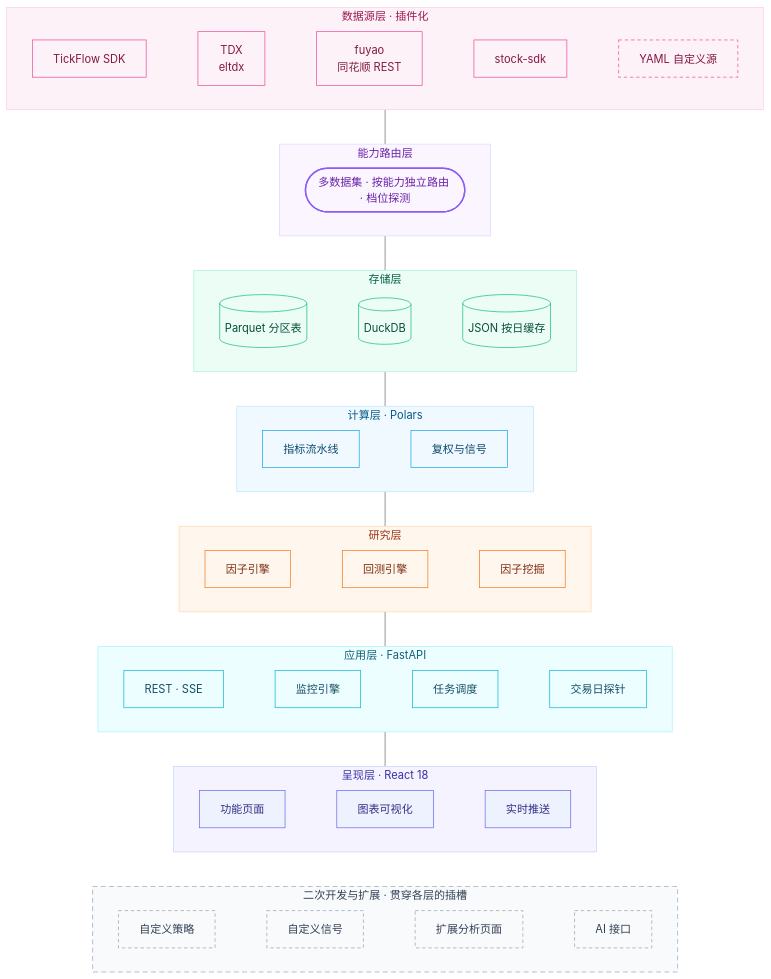
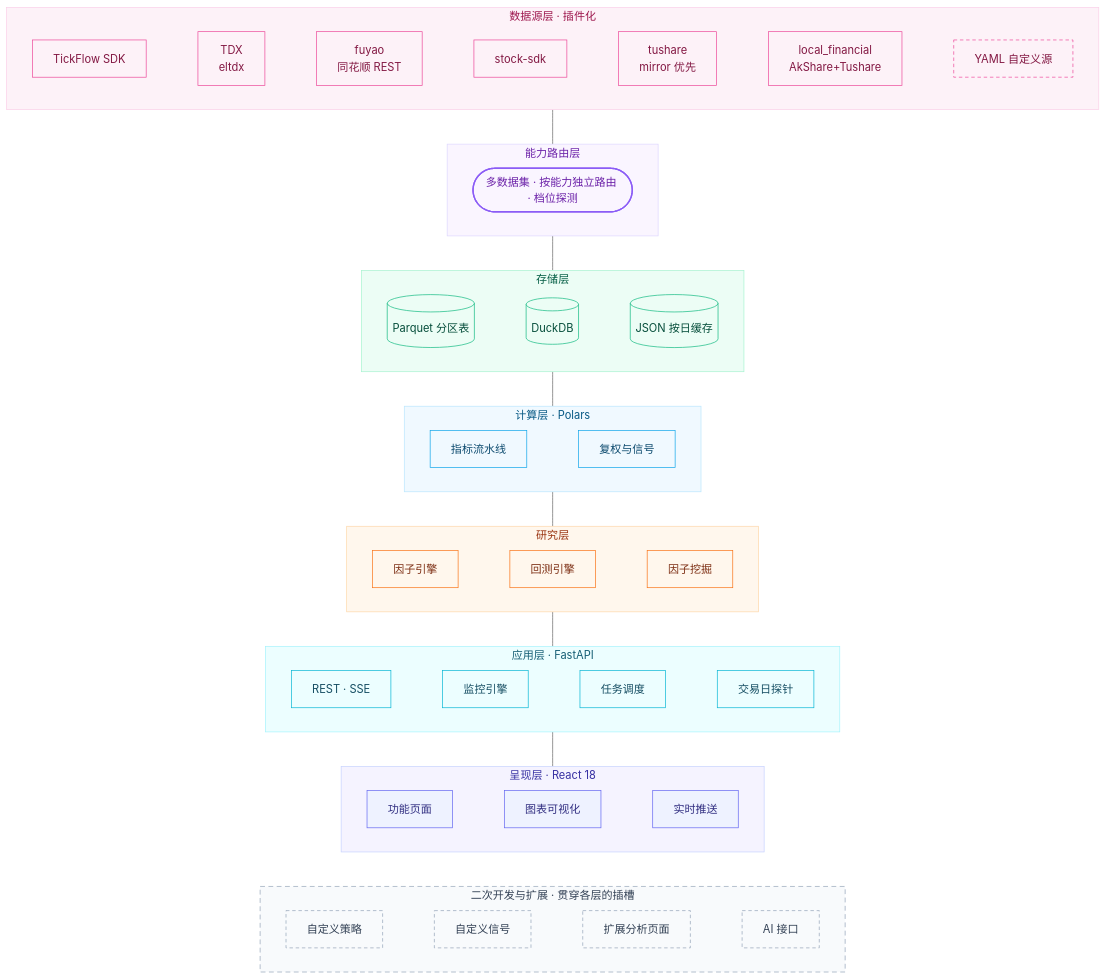
The diagram in README.md (OpZ6/tickflow-quantall), drawn with Mermaid (neutral theme) before and after one commit. The commit also changed other lines of this file and 477 other files, not shown here.

````diff
--- a/README.md
+++ b/README.md
@@ -155,79 +155,79 @@
 ```mermaid
 flowchart TB
     subgraph DATA["数据源层 · 插件化"]
         direction LR
-        D1["TickFlow SDK"] ~~~ D2["TDX<br/>eltdx"] ~~~ D3["fuyao<br/>同花顺 REST"] ~~~ D4["stock-sdk"] ~~~ D5["YAML 自定义源"]
+        D1["TickFlow SDK"] ~~~ D2["TDX<br/>eltdx"] ~~~ D3["fuyao<br/>同花顺 REST"] ~~~ D4["stock-sdk"] ~~~ D5["tushare<br/>mirror 优先"] ~~~ D6["local_financial<br/>AkShare+Tushare"] ~~~ D7["YAML 自定义源"]
     end
 
     subgraph ROUTE["能力路由层"]
         direction LR
         R(["多数据集 · 按能力独立路由 · 档位探测"])
     end
 
     subgraph STORE["存储层"]
         direction LR
         ST1[("Parquet 分区表")] ~~~ ST2[("DuckDB")] ~~~ ST3[("JSON 按日缓存")]
     end
 
     subgraph CALC["计算层 · Polars"]
         direction LR
         C1["指标流水线"] ~~~ C2["复权与信号"]
     end
 
     subgraph RES["研究层"]
         direction LR
         G1["因子引擎"] ~~~ G2["回测引擎"] ~~~ G3["因子挖掘"]
     end
 
     subgraph SVC["应用层 · FastAPI"]
         direction LR
         S1["REST · SSE"] ~~~ S2["监控引擎"] ~~~ S3["任务调度"] ~~~ S4["交易日探针"]
     end
 
     subgraph FE["呈现层 · React 18"]
         direction LR
         F1["功能页面"] ~~~ F2["图表可视化"] ~~~ F3["实时推送"]
     end
 
     subgraph EXT["二次开发与扩展 · 贯穿各层的插槽"]
         direction LR
         X1["自定义策略"] ~~~ X2["自定义信号"] ~~~ X3["扩展分析页面"] ~~~ X4["AI 接口"]
     end
 
     DATA --- ROUTE
     ROUTE --- STORE
     STORE --- CALC
     CALC --- RES
     RES --- SVC
     SVC --- FE
     FE ~~~ EXT
 
     classDef fe fill:#eef2ff,stroke:#6366f1,color:#312e81
     classDef svc fill:#ecfeff,stroke:#06b6d4,color:#164e63
     classDef res fill:#fff7ed,stroke:#f97316,color:#7c2d12
     classDef calc fill:#f0f9ff,stroke:#0ea5e9,color:#0c4a6e
     classDef store fill:#ecfdf5,stroke:#10b981,color:#064e3b
     classDef data fill:#fdf2f8,stroke:#ec4899,color:#831843
     classDef pluginSlot fill:#fdf2f8,stroke:#ec4899,color:#831843,stroke-dasharray:5 4
     classDef route fill:#faf5ff,stroke:#8b5cf6,color:#6b21a8,stroke-width:2px
     classDef ext fill:#f8fafc,stroke:#94a3b8,color:#334155,stroke-dasharray:5 4
 
     class F1,F2,F3 fe
     class S1,S2,S3,S4 svc
     class G1,G2,G3 res
     class C1,C2 calc
     class ST1,ST2,ST3 store
-    class D1,D2,D3,D4 data
-    class D5 pluginSlot
+    class D1,D2,D3,D4,D5,D6 data
+    class D7 pluginSlot
     class R route
     class X1,X2,X3,X4 ext
 
     style FE fill:#f5f3ff,stroke:#c7d2fe,color:#3730a3
     style SVC fill:#ecfeff,stroke:#a5f3fc,color:#155e75
     style RES fill:#fff7ed,stroke:#fed7aa,color:#9a3412
     style CALC fill:#f0f9ff,stroke:#bae6fd,color:#075985
     style STORE fill:#ecfdf5,stroke:#a7f3d0,color:#065f46
     style ROUTE fill:#faf5ff,stroke:#ddd6fe,color:#6b21a8
     style DATA fill:#fdf2f8,stroke:#fbcfe8,color:#9d174d
     style EXT fill:#f8fafc,stroke:#94a3b8,color:#334155,stroke-dasharray:7 5
 ```
````
